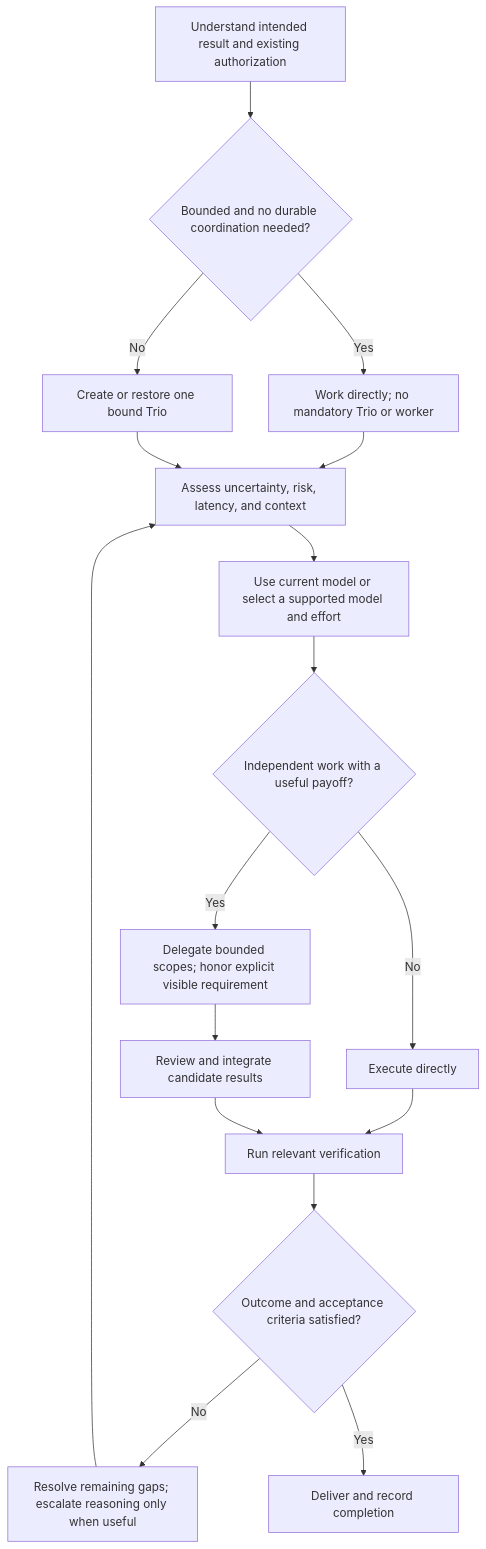
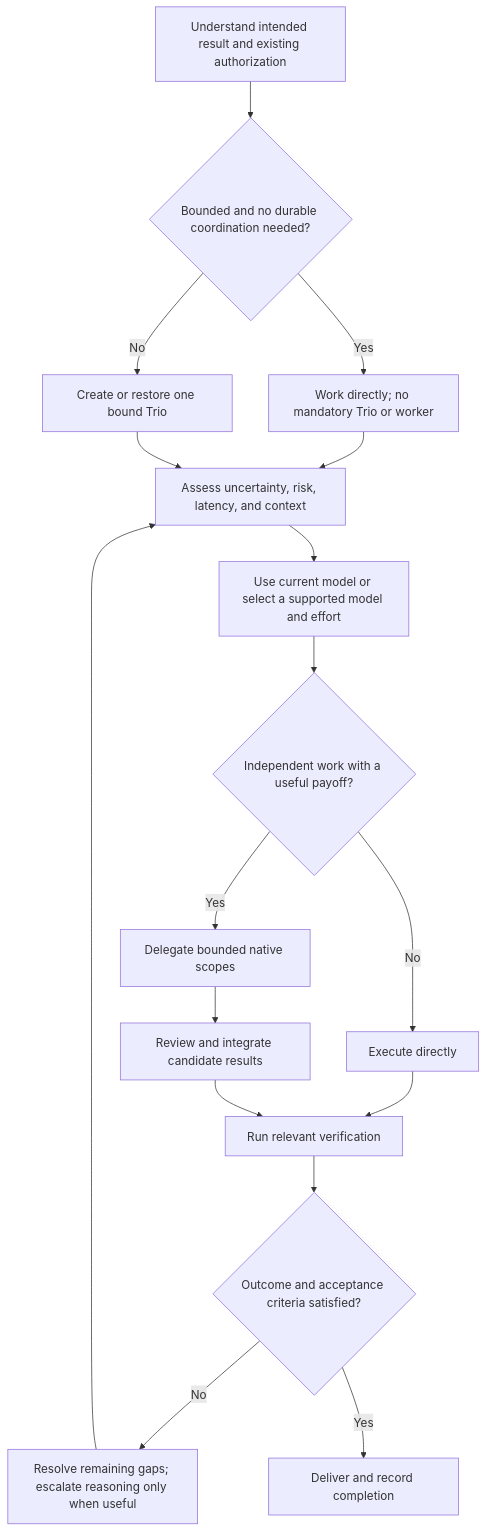
The second of 2 diagrams in README.md (ilderaj/superpowering-with-files), drawn with Mermaid before and after one commit. The commit also changed other lines of this file and 59 other files, not shown here.

````diff
--- a/README.md
+++ b/README.md
@@ -57,19 +57,19 @@
 ```mermaid
 flowchart TD
     Start[Understand intended result and existing authorization] --> Bound{Bounded and no durable coordination needed?}
     Bound -->|Yes| Quick[Work directly; no mandatory Trio or worker]
     Bound -->|No| Restore[Create or restore one bound Trio]
     Quick --> Assess[Assess uncertainty, risk, latency, and context]
     Restore --> Assess
     Assess --> Select[Use current model or select a supported model and effort]
     Select --> Parallel{Independent work with a useful payoff?}
     Parallel -->|No| Execute[Execute directly]
-    Parallel -->|Yes| Delegate[Delegate bounded scopes; honor explicit visible requirement]
+    Parallel -->|Yes| Delegate[Delegate bounded native scopes]
     Delegate --> Integrate[Review and integrate candidate results]
     Execute --> Check[Run relevant verification]
     Integrate --> Check
     Check --> Complete{Outcome and acceptance criteria satisfied?}
     Complete -->|No| Refine[Resolve remaining gaps; escalate reasoning only when useful]
     Refine --> Assess
     Complete -->|Yes| Deliver[Deliver and record completion]
 ```
````
